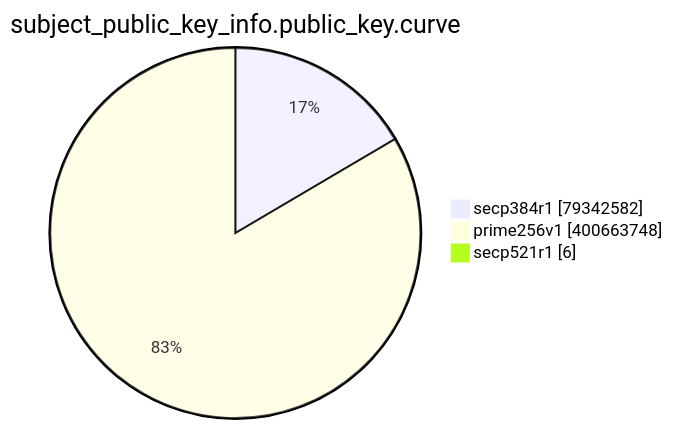
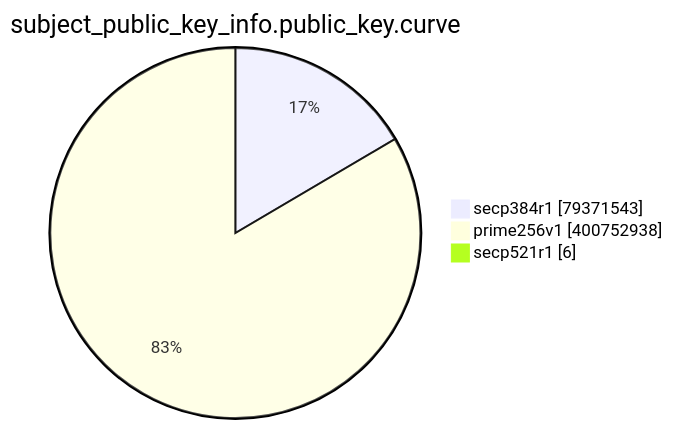
Before and after one commit to christiankrug/ctmonitor_visualization: the eighth of 15 diagrams in TOTAL/README.md, drawn with Mermaid. The commit also changed other lines of this file, not shown here.

````diff
--- a/TOTAL/README.md
+++ b/TOTAL/README.md
@@ -3095,7 +3095,7 @@
 ```mermaid
 pie showData
 title subject_public_key_info.public_key.curve
-"secp384r1" :79342582
-"prime256v1" :400663748
+"secp384r1" :79371543
+"prime256v1" :400752938
 "secp521r1" :6
 ```
````
